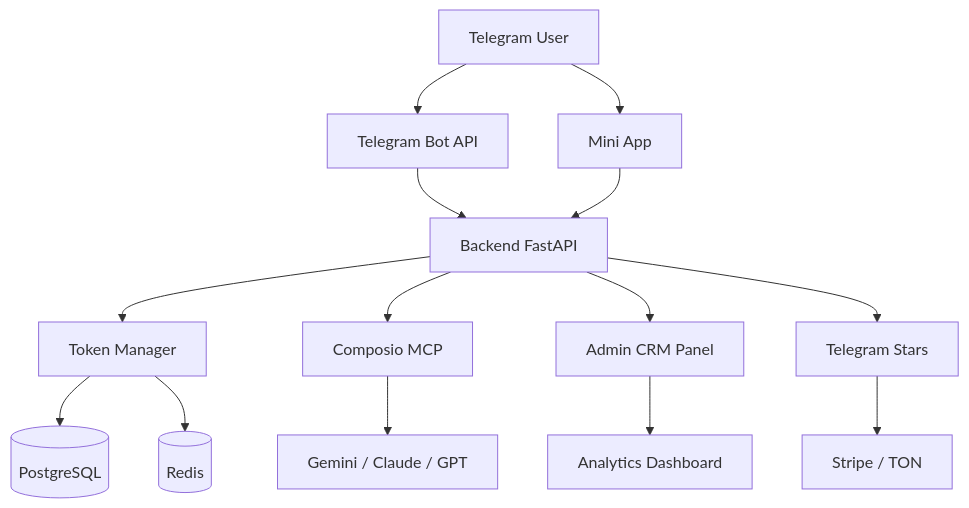
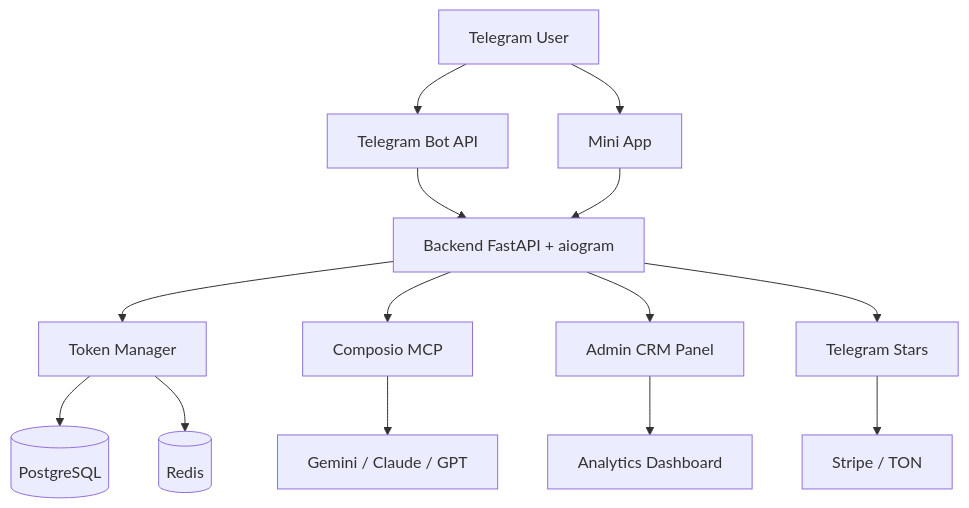
The first of 3 diagrams in docs/ARCHITECTURE.md (labtgbot/telegram-ai-agent), drawn with Mermaid before and after one commit. The commit also changed other lines of this file, not shown here.

First line of the commit message:
docs(architecture): обновить ARCHITECTURE.md финальной версией

````diff
--- a/docs/ARCHITECTURE.md
+++ b/docs/ARCHITECTURE.md
@@ -7,16 +23,16 @@
 ```mermaid
 graph TB
     A[Telegram User] --> B[Telegram Bot API]
     A --> C[Mini App]
-    B --> D[Backend FastAPI]
+    B --> D[Backend FastAPI + aiogram]
     C --> D
     D --> E[Token Manager]
     D --> F[Composio MCP]
     F --> G[Gemini / Claude / GPT]
     E --> H[(PostgreSQL)]
     E --> I[(Redis)]
     D --> J[Admin CRM Panel]
     J --> K[Analytics Dashboard]
     D --> L[Telegram Stars]
     L --> M[Stripe / TON]
 ```
````
